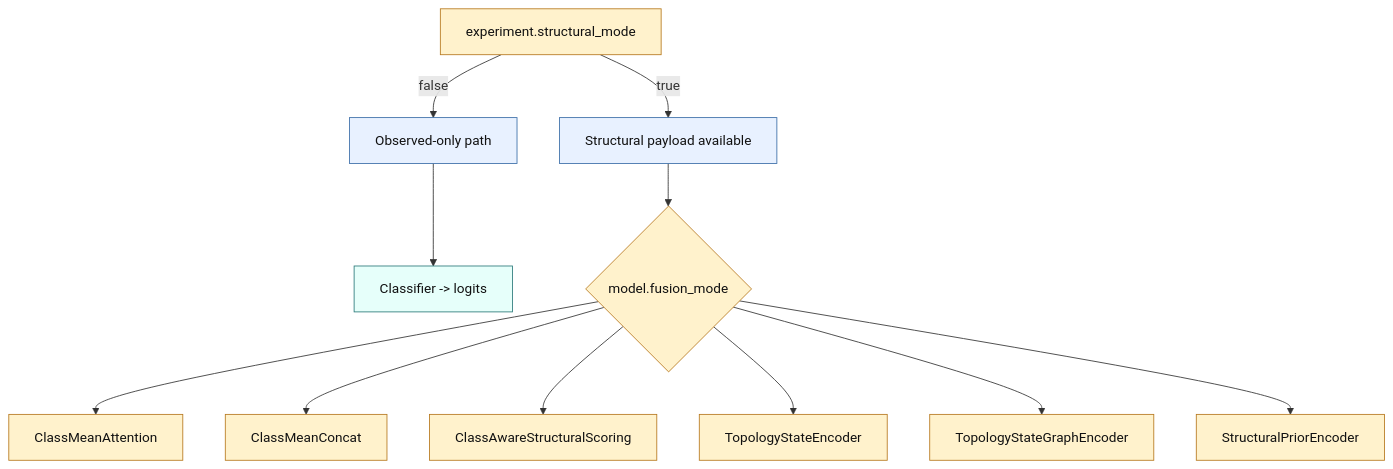
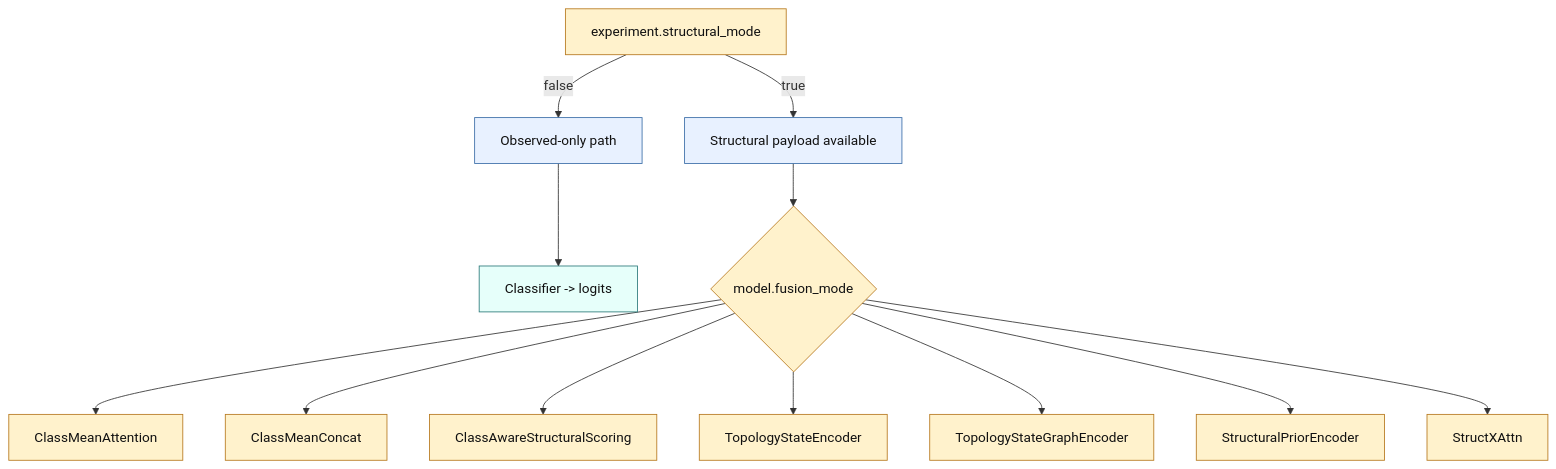
One commit to ghsrg/bpm_prediction changed the seventh of 17 diagrams in docs/GNN_RUNTIME_MVP2_5.MD. Above: the diagram before and after it, drawn with Mermaid. The commit also changed other lines of this file and 39 other files, not shown here.

Commit message:
upgrade to ml flow 3 Ready for implementation learning_strategy

````diff
--- a/docs/GNN_RUNTIME_MVP2_5.MD
+++ b/docs/GNN_RUNTIME_MVP2_5.MD
@@ -201,19 +201,20 @@
 ```mermaid
 flowchart TD
     CFG["experiment.structural_mode"]:::variable
     CFG -->|false| OBSONLY["Observed-only path"]:::common
     OBSONLY --> OBSLOGITS["Classifier -> logits"]:::output
 
     CFG -->|true| PAYLOAD["Structural payload available"]:::common
     PAYLOAD --> MODE{"model.fusion_mode"}:::variable
     MODE --> CMA["ClassMeanAttention"]:::variable
     MODE --> CMC["ClassMeanConcat"]:::variable
     MODE --> CASS["ClassAwareStructuralScoring"]:::variable
     MODE --> TSE["TopologyStateEncoder"]:::variable
     MODE --> TSG["TopologyStateGraphEncoder"]:::variable
     MODE --> SPE["StructuralPriorEncoder"]:::variable
+    MODE --> XAT["StructXAttn"]:::variable
 
     classDef common fill:#E8F1FF,stroke:#3B6EA8,color:#111;
     classDef variable fill:#FFF2CC,stroke:#B7791F,color:#111;
     classDef output fill:#E6FFFA,stroke:#2C7A7B,color:#111;
 ```
````
